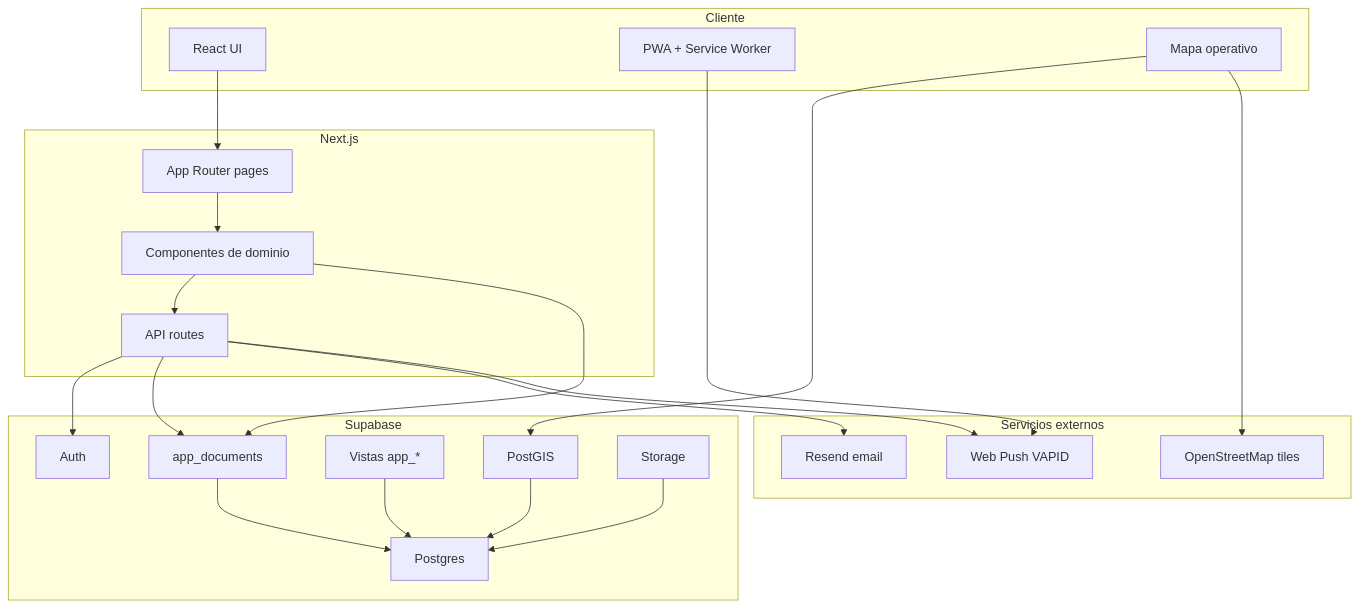
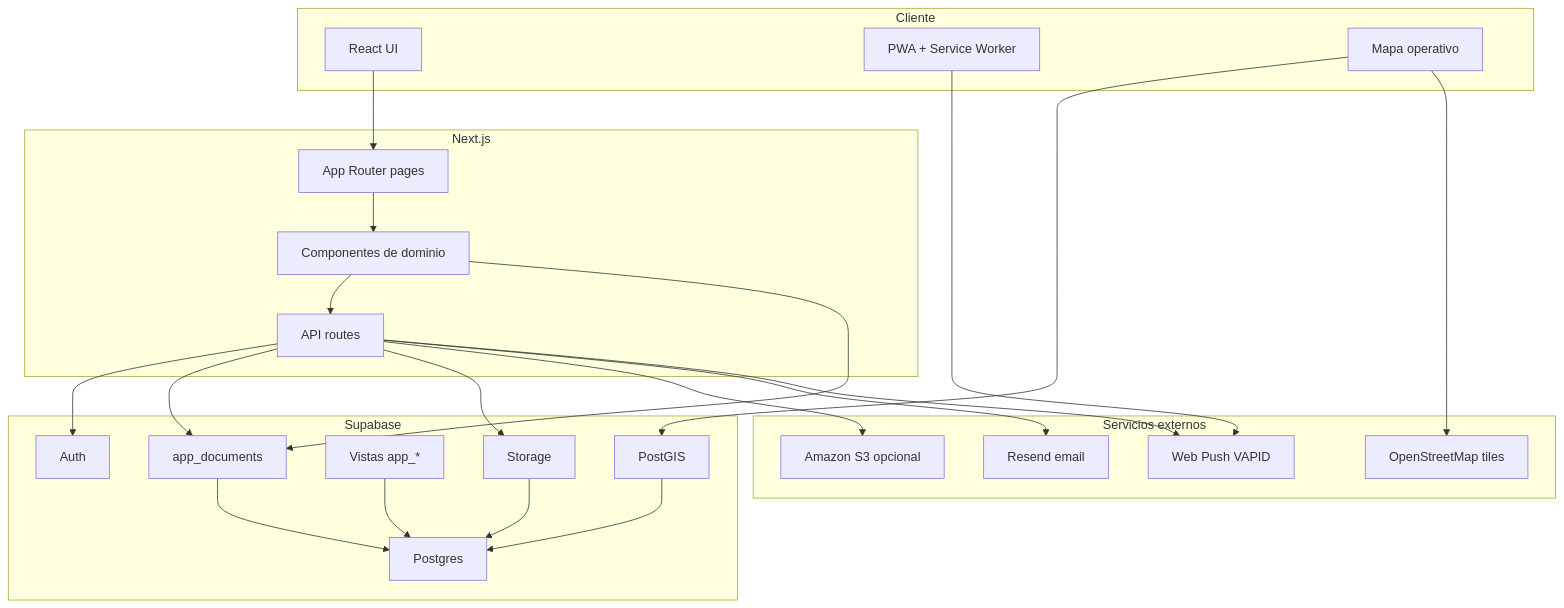
Before and after one commit to pixeldevx/PixelProyect: the diagram in docs/ARCHITECTURE.md, drawn with Mermaid. The commit also changed other lines of this file and 12 other files, not shown here.

````diff
--- a/docs/ARCHITECTURE.md
+++ b/docs/ARCHITECTURE.md
@@ -7,45 +7,48 @@
 ```mermaid
 flowchart TB
   subgraph Client["Cliente"]
     UI["React UI"]
     PWA["PWA + Service Worker"]
     Maps["Mapa operativo"]
   end
 
   subgraph Next["Next.js"]
     Pages["App Router pages"]
     APIs["API routes"]
     Modules["Componentes de dominio"]
   end
 
   subgraph Supabase["Supabase"]
     Auth["Auth"]
     DB["Postgres"]
     Docs["app_documents"]
     Views["Vistas app_*"]
     GIS["PostGIS"]
     Files["Storage"]
   end
 
   subgraph External["Servicios externos"]
+    S3["Amazon S3 opcional"]
     Resend["Resend email"]
     Push["Web Push VAPID"]
     OSM["OpenStreetMap tiles"]
   end
 
   UI --> Pages
   Pages --> Modules
   Modules --> APIs
   Modules --> Docs
   APIs --> Auth
   APIs --> Docs
+  APIs --> Files
+  APIs --> S3
   APIs --> Resend
   APIs --> Push
   Maps --> GIS
   Maps --> OSM
   PWA --> Push
   Docs --> DB
   Views --> DB
   GIS --> DB
   Files --> DB
 ```
````
